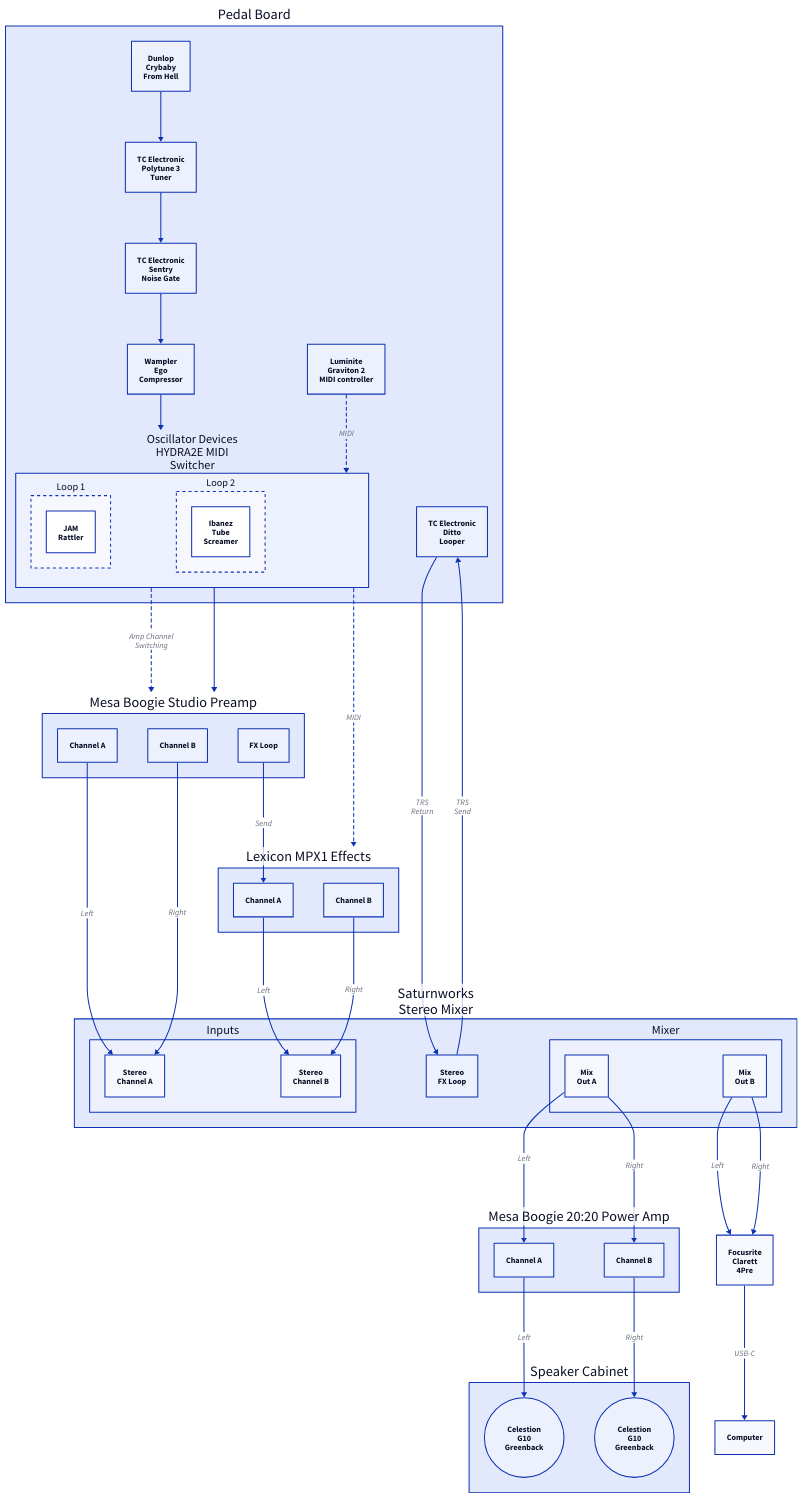
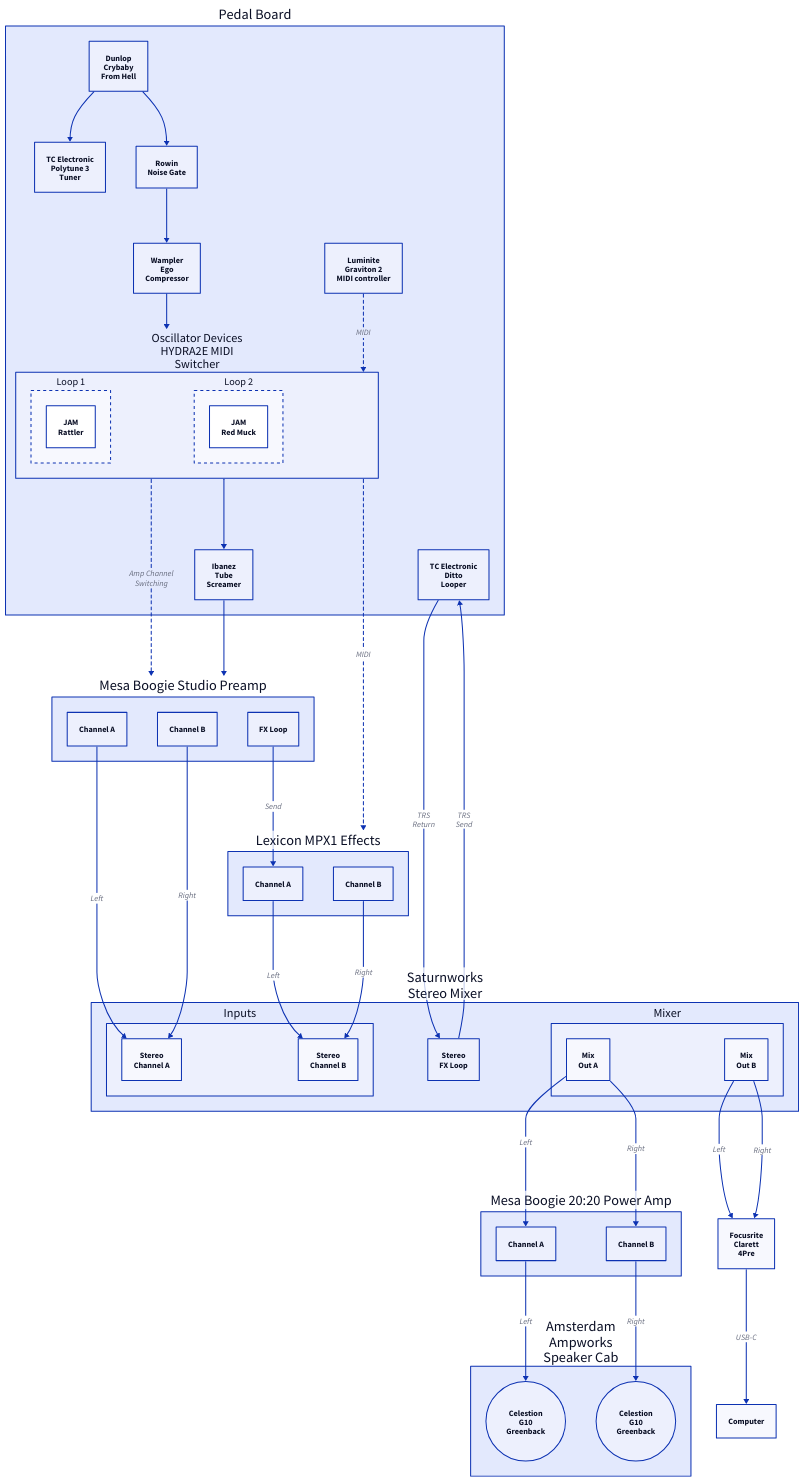
Before and after one commit to timvaillancourt/amp-diagrams: the diagram in amprack.d2, drawn with D2. The commit also changed other lines of this file and 2 other files, not shown here.

```diff
--- a/amprack.d2
+++ b/amprack.d2
@@ -1,94 +1,96 @@
 pb: "Pedal Board" {
   cbfh: "Dunlop\nCrybaby\nFrom Hell" {}
   polytune3: "TC Electronic\nPolytune 3\nTuner" {}
-  tcsentry: "TC Electronic\nSentry\nNoise Gate" {}
+  rowinng: "Rowin\nNoise Gate" {}
   wec: "Wampler\nEgo\nCompressor" {}
   mc: "Luminite\nGraviton 2\nMIDI controller" {}
   mls: "Oscillator Devices\nHYDRA2E MIDI\nSwitcher" {
     1: "Loop 1" {
       style: {
         stroke-dash: 3
       }
       ts: "JAM\nRattler" {}
     }
     2: "Loop 2" {
       style: {
         stroke-dash: 3
       }
-      ts: "Ibanez\nTube\nScreamer" {}
+      ts: "JAM\nRed Muck" {}
     }
   }
-  cbfh -> polytune3 -> tcsentry -> wec -> mls
+  ts: "Ibanez\nTube\nScreamer" {}
+  cbfh -> polytune3
+  cbfh -> rowinng -> wec -> mls -> ts
   mc -> mls: "MIDI" {
     style: {
       stroke-dash: 3
     }
   }
   ditto: "TC Electronic\nDitto\nLooper" {}
 }
 
 msp: "Mesa Boogie Studio Preamp" {
   A: "Channel A" {}
   B: "Channel B" {}
   Loop: "FX Loop" {}
 }
 pb.mls -> msp: "Amp Channel\nSwitching" {
   style: {
     stroke-dash: 3
   }
 }
-pb.mls -> msp
+pb.ts -> msp
 
 mixer: "Saturnworks\nStereo Mixer" {
   In: "Inputs" {
     A: "Stereo\nChannel A" {}
     B: "Stereo\nChannel B" {}
   }
   Loop: "Stereo\nFX Loop" {}
   Mix: "Mixer" {
     A: "Mix\nOut A" {}
     B: "Mix\nOut B" {}
   }
 }
 msp.A -> mixer.In.A: "Left"
 msp.B -> mixer.In.A: "Right"
 
 mpx1: "Lexicon MPX1 Effects" {
   A: "Channel A" {}
   B: "Channel B" {}
 }
 pb.mls -> mpx1: "MIDI" {
   style: {
     stroke-dash: 3
   }
 }
 msp.Loop -> mpx1.A: "Send" {}
 mpx1.A -> mixer.In.B: "Left"
 mpx1.B -> mixer.In.B: "Right"
 
 m2020: "Mesa Boogie 20:20 Power Amp" {
   A: "Channel A" {}
   B: "Channel B" {}
 }
 mixer.Mix.A -> m2020.A: "Left"
 mixer.Mix.A -> m2020.B: "Right"
 mixer.Loop -> pb.ditto: "TRS\nSend"
 pb.ditto -> mixer.Loop: "TRS\nReturn"
 
-cab: "Speaker Cabinet" {
+cab: "Amsterdam\nAmpworks\nSpeaker Cab" {
   A: "Celestion\nG10\nGreenback" {
     shape: "circle"
   }
   B: "Celestion\nG10\nGreenback" {
     shape: "circle"
   }
 }
 m2020.A -> cab.A: "Left"
 m2020.B -> cab.B: "Right"
 
 clarett: "Focusrite\nClarett\n4Pre" {}
 mixer.Mix.B -> clarett: "Left"
 mixer.Mix.B -> clarett: "Right"
 
 computer: "Computer"
 clarett -> computer: "USB-C"
```
